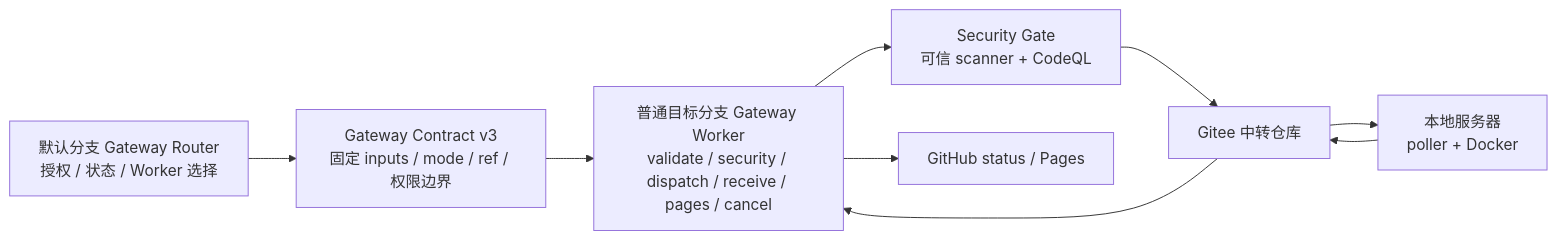
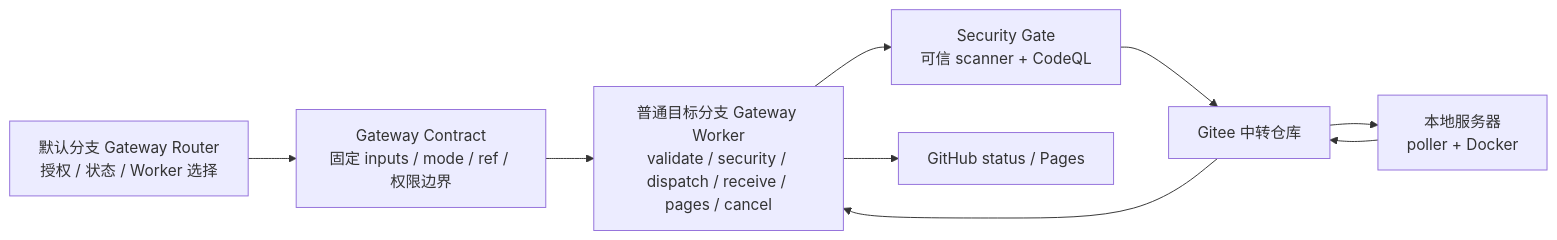
Before and after one commit to anteloper-c/triton-anchor: the second of 2 diagrams in docs/ci_guide_zh.md, drawn with Mermaid. The commit also changed other lines of this file and 13 other files, not shown here.

````diff
--- a/docs/ci_guide_zh.md
+++ b/docs/ci_guide_zh.md
@@ -87,11 +87,11 @@
 ```mermaid
 flowchart LR
   R["默认分支 Gateway Router<br/>授权 / 状态 / Worker 选择"]
-  C["Gateway Contract v3<br/>固定 inputs / mode / ref / 权限边界"]
+  C["Gateway Contract<br/>固定 inputs / mode / ref / 权限边界"]
   W["普通目标分支 Gateway Worker<br/>validate / security / dispatch / receive / pages / cancel"]
   S["Security Gate<br/>可信 scanner + CodeQL"]
   G["Gitee 中转仓库"]
   L["本地服务器<br/>poller + Docker"]
   P["GitHub status / Pages"]
   R --> C --> W --> S --> G --> L --> G --> W --> P
 ```
````
